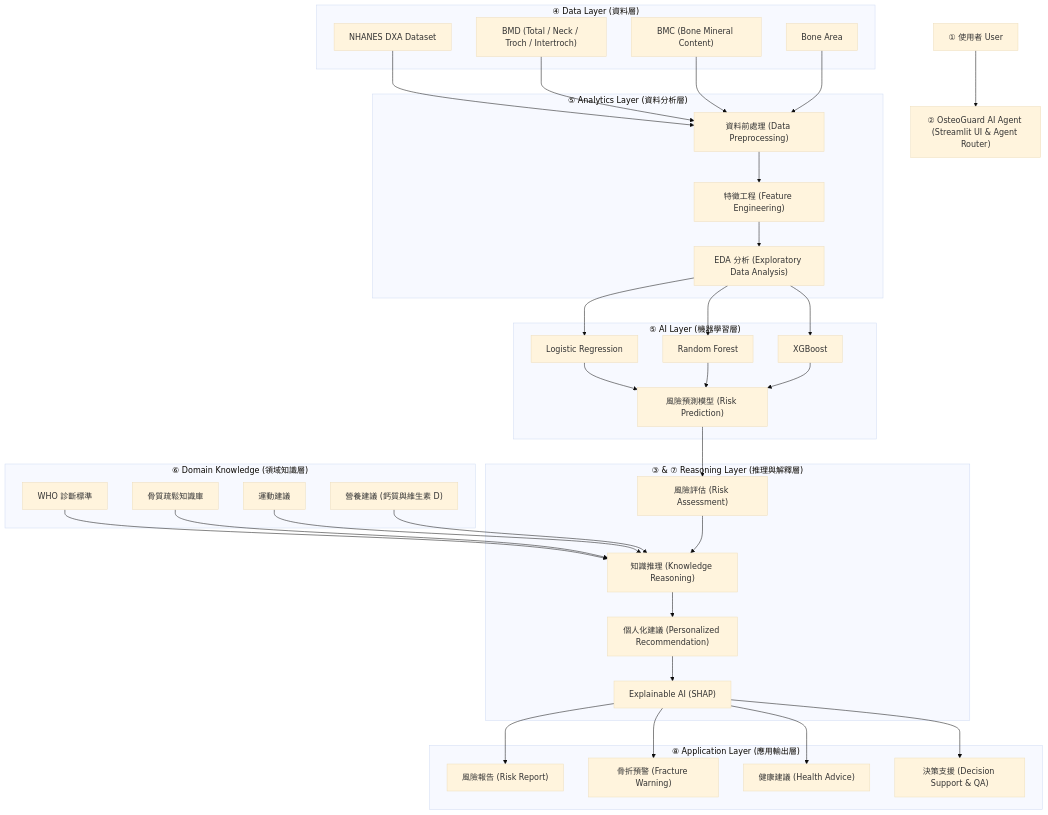
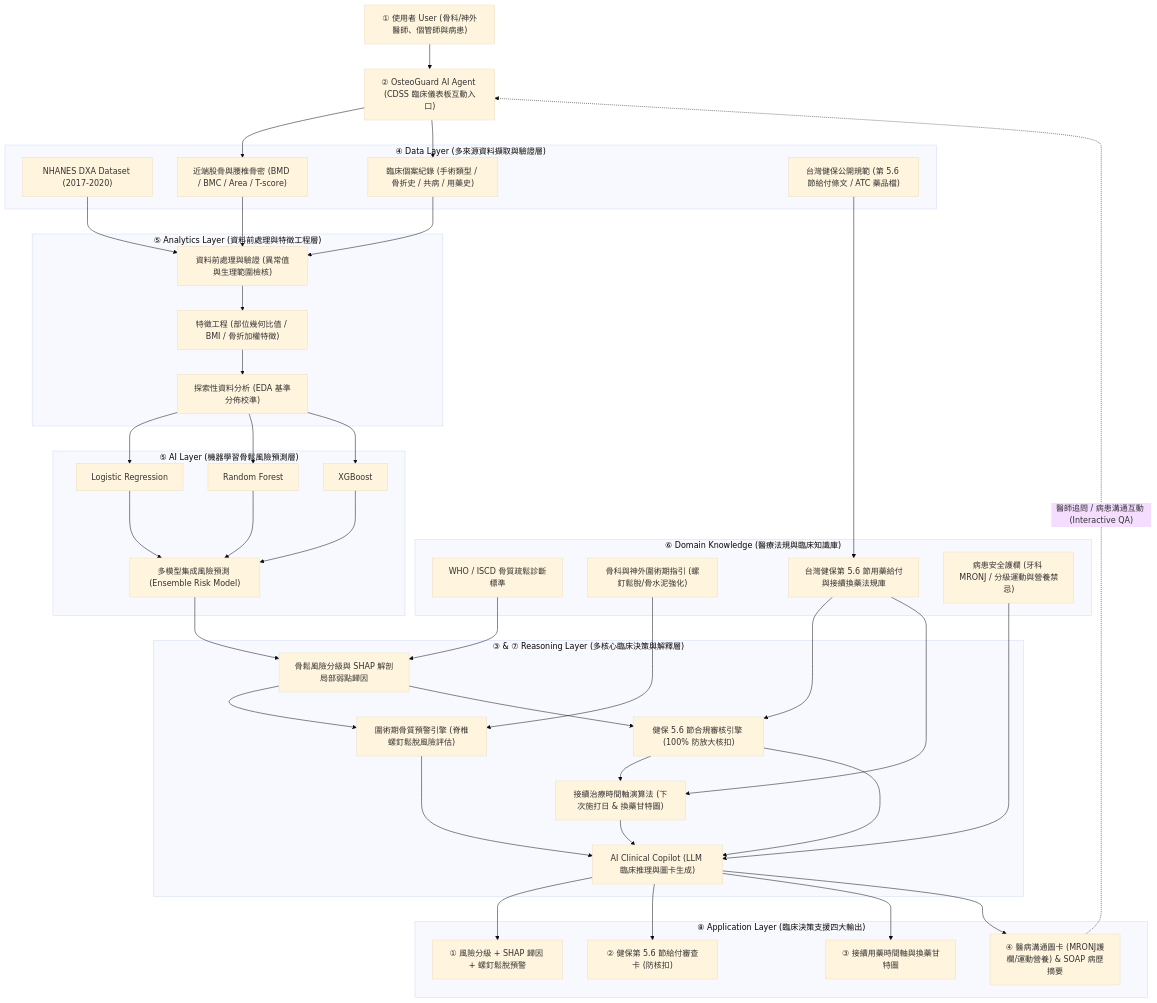
One commit to contemplator/nchu-bone-health-agent changed the first of 2 diagrams in DESIGN.md. Above: the diagram before and after it, drawn with Mermaid (base theme). The commit also changed other lines of this file and 2 other files, not shown here.

````diff
--- a/DESIGN.md
+++ b/DESIGN.md
@@ -44,53 +45,56 @@
 ```mermaid
 flowchart TD
 
-A["① 使用者 User"] --> B["② OsteoGuard AI Agent (Streamlit UI & Agent Router)"]
+A["① 使用者 User (骨科/神外醫師、個管師與病患)"] --> B["② OsteoGuard AI Agent (CDSS 臨床儀表板互動入口)"]
 
-subgraph Data_Layer ["④ Data Layer (資料層)"]
-C["NHANES DXA Dataset"]
-D["BMD (Total / Neck / Troch / Intertroch)"]
-E["BMC (Bone Mineral Content)"]
-F["Bone Area"]
+subgraph Data_Layer ["④ Data Layer (多來源資料擷取與驗證層)"]
+C["NHANES DXA Dataset (2017-2020)"]
+D["近端股骨與腰椎骨密 (BMD / BMC / Area / T-score)"]
+E["臨床個案紀錄 (手術類型 / 骨折史 / 共病 / 用藥史)"]
+F["台灣健保公開規範 (第 5.6 節給付條文 / ATC 藥品檔)"]
 end
 
-subgraph Analytics_Layer ["⑤ Analytics Layer (資料分析層)"]
-G["資料前處理 (Data Preprocessing)"]
-H["特徵工程 (Feature Engineering)"]
-I["EDA 分析 (Exploratory Data Analysis)"]
+subgraph Analytics_Layer ["⑤ Analytics Layer (資料前處理與特徵工程層)"]
+G["資料前處理與驗證 (異常值與生理範圍檢核)"]
+H["特徵工程 (部位幾何比值 / BMI / 骨折加權特徵)"]
+I["探索性資料分析 (EDA 基準分佈校準)"]
 end
 
-subgraph AI_Layer ["⑤ AI Layer (機器學習層)"]
+subgraph AI_Layer ["⑤ AI Layer (機器學習骨鬆風險預測層)"]
 J["Logistic Regression"]
 K["Random Forest"]
 L["XGBoost"]
-M["風險預測模型 (Risk Prediction)"]
+M["多模型集成風險預測 (Ensemble Risk Model)"]
 end
 
-subgraph Domain_Knowledge ["⑥ Domain Knowledge (領域知識層)"]
-N["WHO 診斷標準"]
-O["骨質疏鬆知識庫"]
-P["運動建議"]
-Q["營養建議 (鈣質與維生素 D)"]
+subgraph Domain_Knowledge ["⑥ Domain Knowledge (醫療法規與臨床知識庫)"]
+N["WHO / ISCD 骨質疏鬆診斷標準"]
+O["骨科與神外圍術期指引 (螺釘鬆脫/骨水泥強化)"]
+P["台灣健保第 5.6 節用藥給付與接續換藥法規庫"]
+Q["病患安全護欄 (牙科 MRONJ / 分級運動與營養禁忌)"]
 end
 
-subgraph Reasoning_Layer ["③ & ⑦ Reasoning Layer (推理與解釋層)"]
-R["風險評估 (Risk Assessment)"]
-S["知識推理 (Knowledge Reasoning)"]
-T["個人化建議 (Personalized Recommendation)"]
-U["Explainable AI (SHAP)"]
+subgraph Reasoning_Layer ["③ & ⑦ Reasoning Layer (多核心臨床決策與解釋層)"]
+R["骨鬆風險分級與 SHAP 解剖局部弱點歸因"]
+S["圍術期骨質預警引擎 (脊椎螺釘鬆脫風險評估)"]
+T["健保 5.6 節合規審核引擎 (100% 防放大核扣)"]
+U["接續治療時間軸演算法 (下次施打日 & 換藥甘特圖)"]
+V["AI Clinical Copilot (LLM 臨床推理與圖卡生成)"]
 end
 
-subgraph Application_Layer ["⑧ Application Layer (應用輸出層)"]
-V["風險報告 (Risk Report)"]
-W["骨折預警 (Fracture Warning)"]
-X["健康建議 (Health Advice)"]
-Y["決策支援 (Decision Support & QA)"]
+subgraph Application_Layer ["⑧ Application Layer (臨床決策支援四大輸出)"]
+W1["① 風險分級 + SHAP 歸因 + 螺釘鬆脫預警"]
+W2["② 健保第 5.6 節給付審查卡 (防核扣)"]
+W3["③ 接續用藥時間軸與換藥甘特圖"]
+W4["④ 醫病溝通圖卡 (MRONJ護欄/運動營養) & SOAP 病歷摘要"]
 end
 
+B --> D
+B --> E
 C --> G
 D --> G
 E --> G
-F --> G
+F --> P
 
 G --> H --> I
 I --> J
@@ -102,15 +106,22 @@
 L --> M
 
 M --> R
-N --> S
+N --> R
 O --> S
-P --> S
-Q --> S
+P --> T
+P --> U
+Q --> V
 
-R --> S --> T --> U
+R --> S
+R --> T
+T --> U
+S --> V
+T --> V
+U --> V
 
-U --> V
-U --> W
-U --> X
-U --> Y
+V --> W1
+V --> W2
+V --> W3
+V --> W4
+W4 -. "醫師追問 / 病患溝通互動 (Interactive QA)" .-> B
 ```
````
